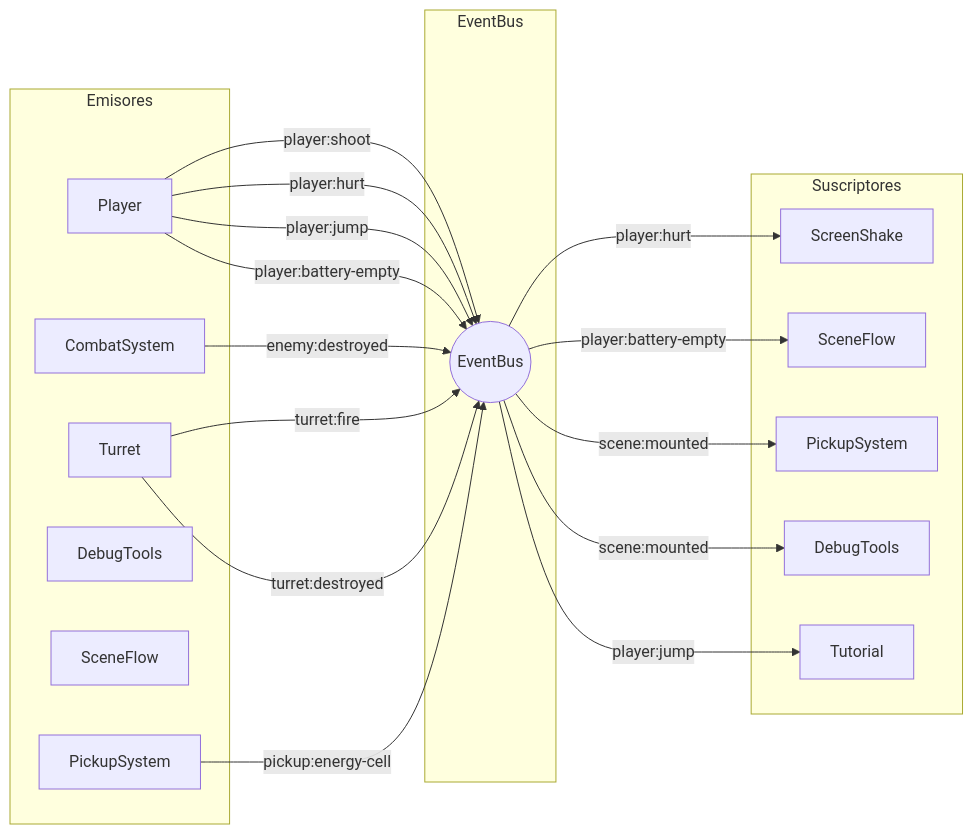
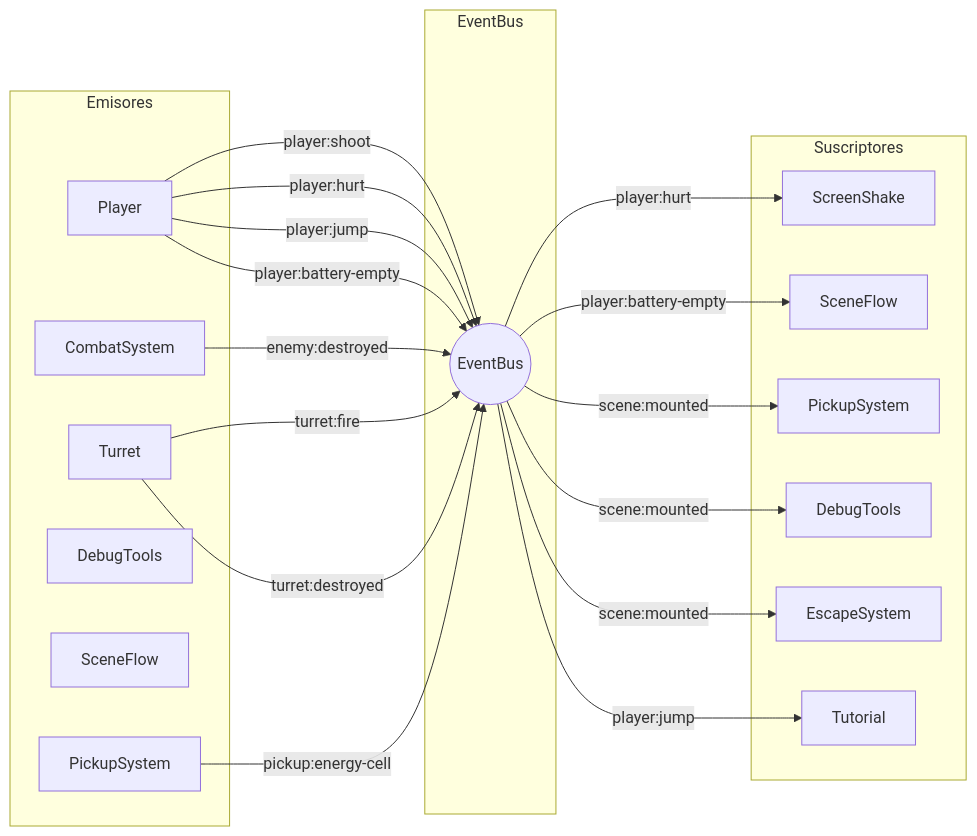
The diagram in docs/EVENTOS.md (LDP23/perdida), drawn with Mermaid before and after one commit. The commit also changed other lines of this file and 26 other files, not shown here.

````diff
--- a/docs/EVENTOS.md
+++ b/docs/EVENTOS.md
@@ -10,38 +10,40 @@
 ```mermaid
 flowchart LR
     subgraph "Emisores"
         Player
         CombatSystem
         PickupSystem
         DebugTools
         SceneFlow
         Turret
     end
 
     subgraph "EventBus"
         Bus((EventBus))
     end
 
     subgraph "Suscriptores"
         ScreenShake2[ScreenShake]
         SceneFlow2[SceneFlow]
         PickupSystem2[PickupSystem]
         DebugTools2[DebugTools]
+        EscapeSystem2[EscapeSystem]
         Tutorial
     end
 
     Player -->|player:shoot| Bus
     Player -->|player:hurt| Bus
     Player -->|player:jump| Bus
     Player -->|player:battery-empty| Bus
     CombatSystem -->|enemy:destroyed| Bus
     Turret -->|turret:fire| Bus
     Turret -->|turret:destroyed| Bus
     PickupSystem -->|pickup:energy-cell| Bus
 
     Bus -->|player:hurt| ScreenShake2
     Bus -->|player:battery-empty| SceneFlow2
     Bus -->|scene:mounted| PickupSystem2
     Bus -->|scene:mounted| DebugTools2
+    Bus -->|scene:mounted| EscapeSystem2
     Bus -->|player:jump| Tutorial
 ```
````
